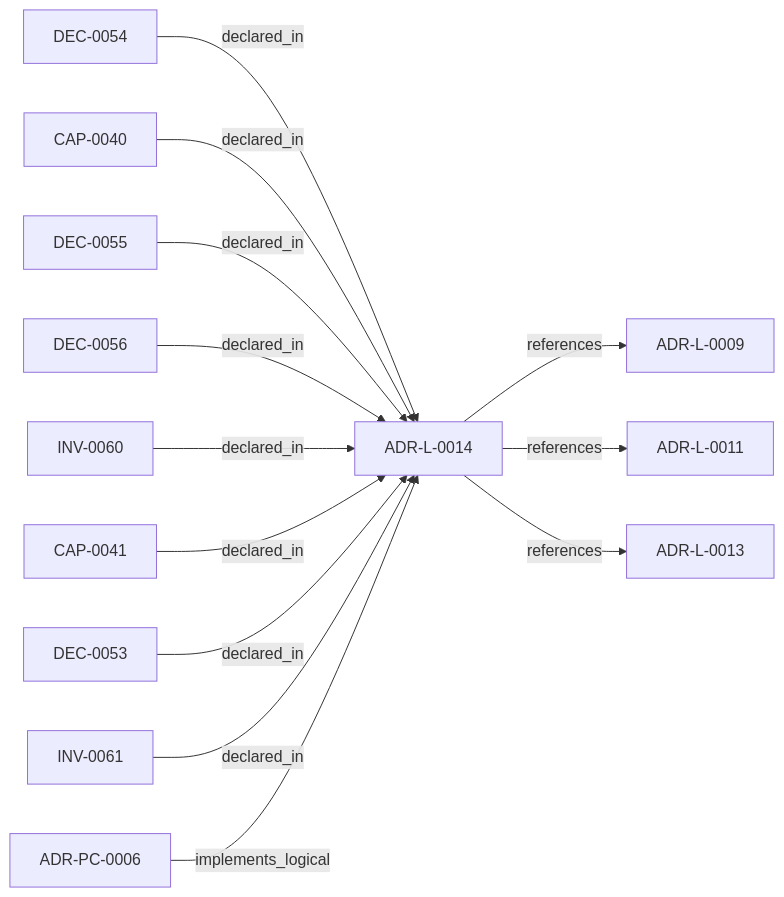
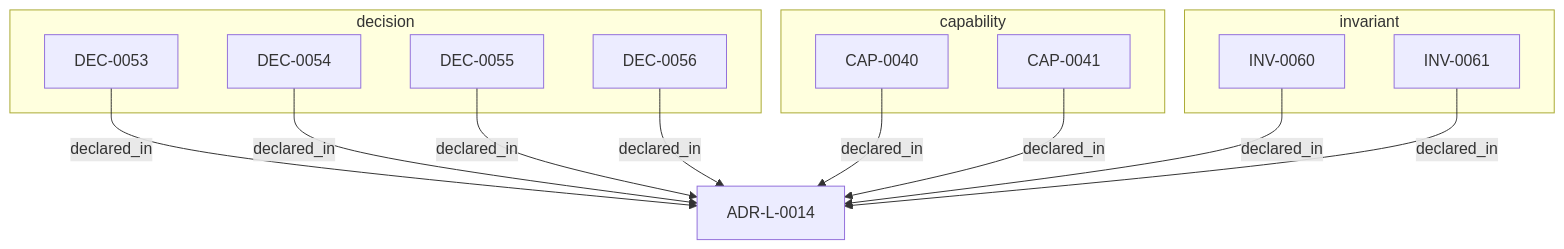
One commit to egallmann/adr-architecture-kit changed the second of 2 diagrams in adrs/adr-projection/logical/ADR-L-0014-brownfield-onboarding-and-canonicalization-workflow.md. Above: the diagram before and after it, drawn with Mermaid. The commit also changed other lines of this file and 177 other files, not shown here.

````diff
--- a/adrs/adr-projection/logical/ADR-L-0014-brownfield-onboarding-and-canonicalization-workflow.md
+++ b/adrs/adr-projection/logical/ADR-L-0014-brownfield-onboarding-and-canonicalization-workflow.md
@@ -42,28 +81,26 @@
 ```mermaid
-flowchart LR
-  n_019fee89_e616_73b2_bd3f_a096727abcad["DEC-0054"]
-  n_019fee89_e616_74f9_813b_7610fca4342c["CAP-0040"]
-  n_019fee89_e616_7571_b83f_b20a3bd0b42e["DEC-0055"]
-  n_019fee89_e616_760d_8437_78860d2de944["DEC-0056"]
+flowchart TB
   n_019fee89_e616_7628_913b_a059c1057c36["ADR-L-0014"]
-  n_019fee89_e616_76a4_891b_d8316114e7a9["INV-0060"]
-  n_019fee89_e616_76ce_9a36_55eac88b762e["CAP-0041"]
-  n_019fee89_e616_770c_a025_2c241a720730["ADR-L-0009"]
-  n_019fee89_e616_7a1d_a13f_8595d35af213["DEC-0053"]
-  n_019fee89_e616_7aca_b328_94a4de1887d6["INV-0061"]
-  n_019fee89_e616_7b97_971d_ae165d13bf9c["ADR-L-0011"]
-  n_019fee89_e616_7c4e_953c_b7349412a784["ADR-L-0013"]
-  n_019fee89_e618_7787_b43f_a3e5cb264dd5["ADR-PC-0006"]
+  subgraph sg_capability["capability"]
+    n_019fee89_e616_74f9_813b_7610fca4342c["CAP-0040"]
+    n_019fee89_e616_76ce_9a36_55eac88b762e["CAP-0041"]
+  end
+  subgraph sg_decision["decision"]
+    n_019fee89_e616_7a1d_a13f_8595d35af213["DEC-0053"]
+    n_019fee89_e616_73b2_bd3f_a096727abcad["DEC-0054"]
+    n_019fee89_e616_7571_b83f_b20a3bd0b42e["DEC-0055"]
+    n_019fee89_e616_760d_8437_78860d2de944["DEC-0056"]
+  end
+  subgraph sg_invariant["invariant"]
+    n_019fee89_e616_76a4_891b_d8316114e7a9["INV-0060"]
+    n_019fee89_e616_7aca_b328_94a4de1887d6["INV-0061"]
+  end
   n_019fee89_e616_73b2_bd3f_a096727abcad -->|"declared_in"| n_019fee89_e616_7628_913b_a059c1057c36
   n_019fee89_e616_74f9_813b_7610fca4342c -->|"declared_in"| n_019fee89_e616_7628_913b_a059c1057c36
   n_019fee89_e616_7571_b83f_b20a3bd0b42e -->|"declared_in"| n_019fee89_e616_7628_913b_a059c1057c36
   n_019fee89_e616_760d_8437_78860d2de944 -->|"declared_in"| n_019fee89_e616_7628_913b_a059c1057c36
   n_019fee89_e616_76a4_891b_d8316114e7a9 -->|"declared_in"| n_019fee89_e616_7628_913b_a059c1057c36
   n_019fee89_e616_76ce_9a36_55eac88b762e -->|"declared_in"| n_019fee89_e616_7628_913b_a059c1057c36
   n_019fee89_e616_7a1d_a13f_8595d35af213 -->|"declared_in"| n_019fee89_e616_7628_913b_a059c1057c36
   n_019fee89_e616_7aca_b328_94a4de1887d6 -->|"declared_in"| n_019fee89_e616_7628_913b_a059c1057c36
-  n_019fee89_e618_7787_b43f_a3e5cb264dd5 -->|"implements_logical"| n_019fee89_e616_7628_913b_a059c1057c36
-  n_019fee89_e616_7628_913b_a059c1057c36 -->|"references"| n_019fee89_e616_770c_a025_2c241a720730
-  n_019fee89_e616_7628_913b_a059c1057c36 -->|"references"| n_019fee89_e616_7b97_971d_ae165d13bf9c
-  n_019fee89_e616_7628_913b_a059c1057c36 -->|"references"| n_019fee89_e616_7c4e_953c_b7349412a784
 ```
````
